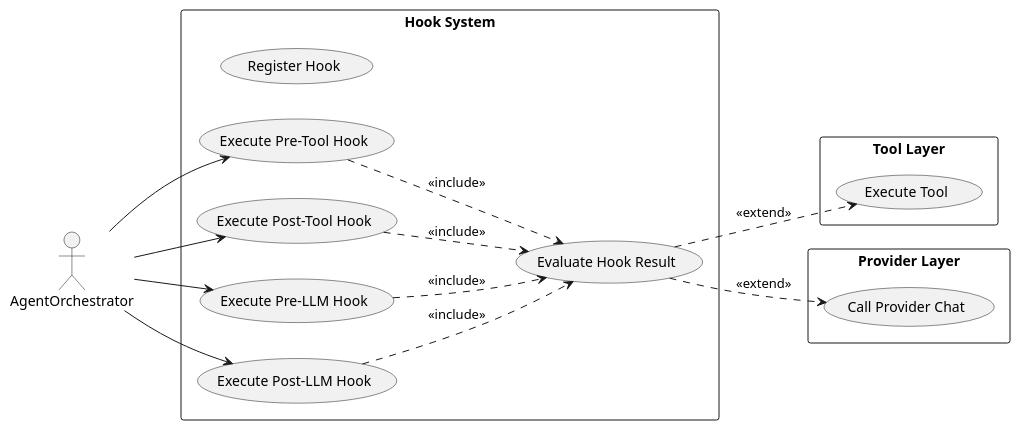
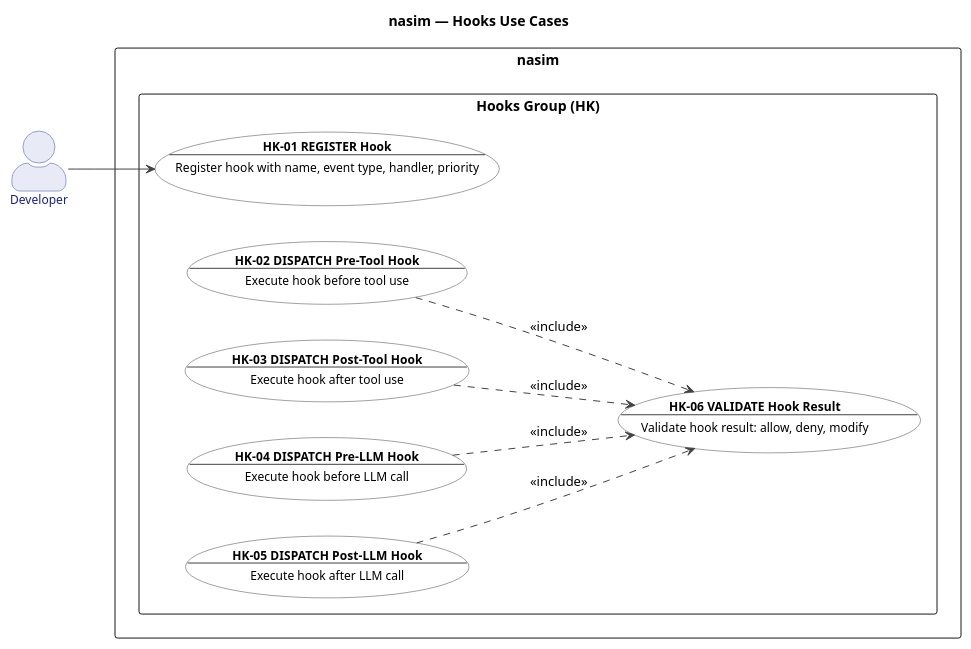
One commit to salimnamvar/nasim changed the diagram in docs/UC/uc_hooks.puml. Above: the diagram before and after it, drawn with PlantUML. The commit also changed 24 other files, not shown here.

First line of the commit message:
docs: Add use case diagrams for Git, MCP, Memory, Overview, and Sandbox groups

```diff
--- a/docs/UC/uc_hooks.puml
+++ b/docs/UC/uc_hooks.puml
@@ -1,45 +1,72 @@
 @startuml uc_hooks
+
 ' ============================================================
-' Title:     nasim — UC: Hook System
-' Boundary:  nasim code agent CLI + HTTP API
+' Title:     nasim — UC: Hooks Group
+' Group:     HK (Hooks)
+' Boundary:  nasim code agent
 ' Purpose:   Pre/post hooks for tool use and LLM calls
 ' Milestone: v1.0
-' Version:   3.0.0
-' Source:    docs/audit/nasim-car-improvement-plan.md CAR-18
-' Review:    —
+' Version:   6.0.0
+' Source:    docs/ENTITIES.md
+' Review:    docs/audit/audit.2026.06.20.uc-layer.car.md
 ' ============================================================
 
 left to right direction
+
+title nasim — Hooks Use Cases
+
+skinparam actorStyle awesome
 skinparam packageStyle rectangle
 
-actor "AgentOrchestrator" as agent
-
-rectangle "Hook System" {
-    usecase "Register Hook" as UC_HK_01
-    usecase "Execute Pre-Tool Hook" as UC_HK_02
-    usecase "Execute Post-Tool Hook" as UC_HK_03
-    usecase "Execute Pre-LLM Hook" as UC_HK_04
-    usecase "Execute Post-LLM Hook" as UC_HK_05
-    usecase "Evaluate Hook Result" as UC_HK_06
+skinparam usecase {
+  BackgroundColor #FFFFFF
+  BorderColor #424242
+  FontColor #000000
+  ArrowColor #424242
+  FontSize 12
 }
 
-rectangle "Tool Layer" {
-    usecase "Execute Tool" as UC_TL_EXEC
+skinparam actor {
+  BackgroundColor #E8EAF6
+  BorderColor #3949AB
+  FontColor #1A237E
+  FontSize 12
 }
 
-rectangle "Provider Layer" {
-    usecase "Call Provider Chat" as UC_PRV_02
+' ============================================================
+' Actors
+' ============================================================
+
+actor "Developer" as Developer
+
+' ============================================================
+' System Boundary
+' ============================================================
+
+rectangle "nasim" {
+  package "Hooks Group (HK)" {
+    usecase "**HK-01 REGISTER Hook**\n--\nRegister hook with name, event type, handler, priority" as HK01
+    usecase "**HK-02 DISPATCH Pre-Tool Hook**\n--\nExecute hook before tool use" as HK02
+    usecase "**HK-03 DISPATCH Post-Tool Hook**\n--\nExecute hook after tool use" as HK03
+    usecase "**HK-04 DISPATCH Pre-LLM Hook**\n--\nExecute hook before LLM call" as HK04
+    usecase "**HK-05 DISPATCH Post-LLM Hook**\n--\nExecute hook after LLM call" as HK05
+    usecase "**HK-06 VALIDATE Hook Result**\n--\nValidate hook result: allow, deny, modify" as HK06
+  }
 }
 
-agent --> UC_HK_02
-agent --> UC_HK_03
-agent --> UC_HK_04
-agent --> UC_HK_05
-UC_HK_02 ..> UC_HK_06 : <<include>>
-UC_HK_03 ..> UC_HK_06 : <<include>>
-UC_HK_04 ..> UC_HK_06 : <<include>>
-UC_HK_05 ..> UC_HK_06 : <<include>>
-UC_HK_06 ..> UC_TL_EXEC : <<extend>>
-UC_HK_06 ..> UC_PRV_02 : <<extend>>
+' ============================================================
+' Actor -> Use Case Associations
+' ============================================================
+
+Developer --> HK01
+
+' ============================================================
+' Relationships
+' ============================================================
+
+HK02 ..> HK06 : <<include>>
+HK03 ..> HK06 : <<include>>
+HK04 ..> HK06 : <<include>>
+HK05 ..> HK06 : <<include>>
 
 @enduml
```
